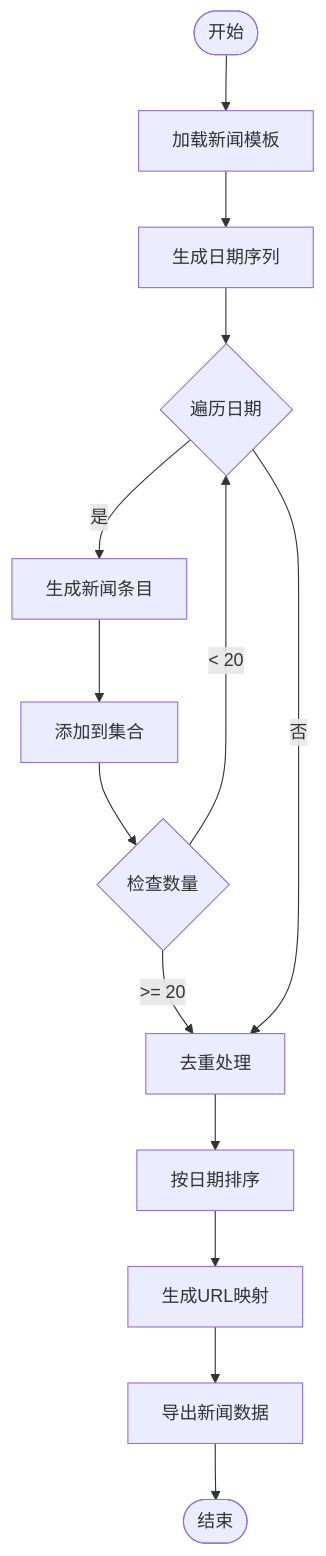
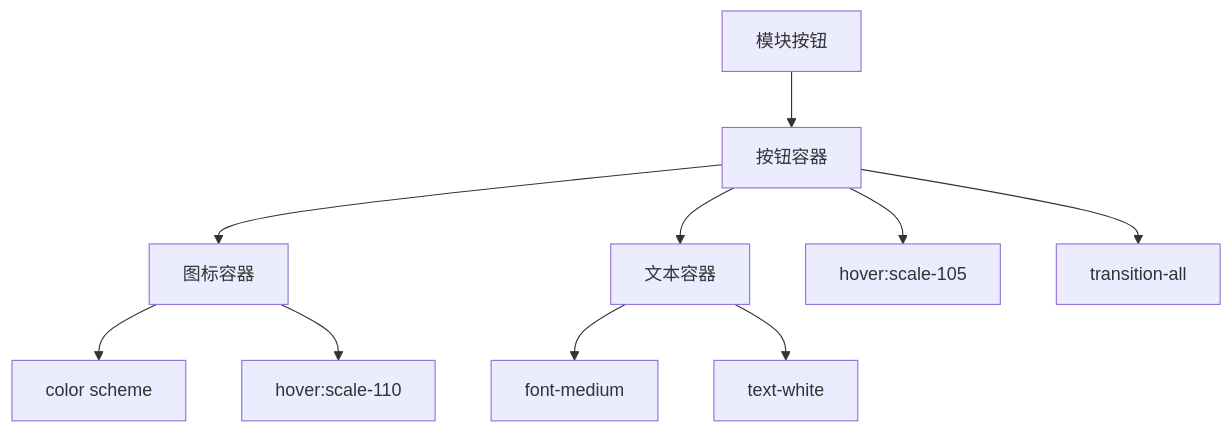
The tenth of 20 diagrams in .qoder/repowiki/zh/content/数据管理/新闻数据管理/增强的新闻数据管理.md (liangxuanliang-cmd/carbon-info-agent), drawn with Mermaid before and after one commit. The commit also changed other lines of this file and 7 other files, not shown here.

````diff
--- a/.qoder/repowiki/zh/content/数据管理/新闻数据管理/增强的新闻数据管理.md
+++ b/.qoder/repowiki/zh/content/数据管理/新闻数据管理/增强的新闻数据管理.md
@@ -275,16 +452,12 @@
 ```mermaid
 flowchart TD
-Start([开始]) --> LoadTemplate["加载新闻模板"]
-LoadTemplate --> GenerateDates["生成日期序列"]
-GenerateDates --> LoopDays{"遍历日期"}
-LoopDays --> |是| GenerateNews["生成新闻条目"]
-GenerateNews --> AddToCollection["添加到集合"]
-AddToCollection --> CheckCount{"检查数量"}
-CheckCount --> |< 20| LoopDays
-CheckCount --> |>= 20| Deduplicate["去重处理"]
-LoopDays --> |否| Deduplicate
-Deduplicate --> SortData["按日期排序"]
-SortData --> GenerateURLs["生成URL映射"]
-GenerateURLs --> ExportData["导出新闻数据"]
-ExportData --> End([结束])
+ModuleButton["模块按钮"] --> ButtonContainer["按钮容器"]
+ButtonContainer --> IconContainer["图标容器"]
+ButtonContainer --> TextContainer["文本容器"]
+ButtonContainer --> HoverScale["hover:scale-105"]
+ButtonContainer --> ColorTransition["transition-all"]
+IconContainer --> ColorScheme["color scheme"]
+IconContainer --> ScaleAnimation["hover:scale-110"]
+TextContainer --> FontWeight["font-medium"]
+TextContainer --> TextColor["text-white"]
 ```
````
